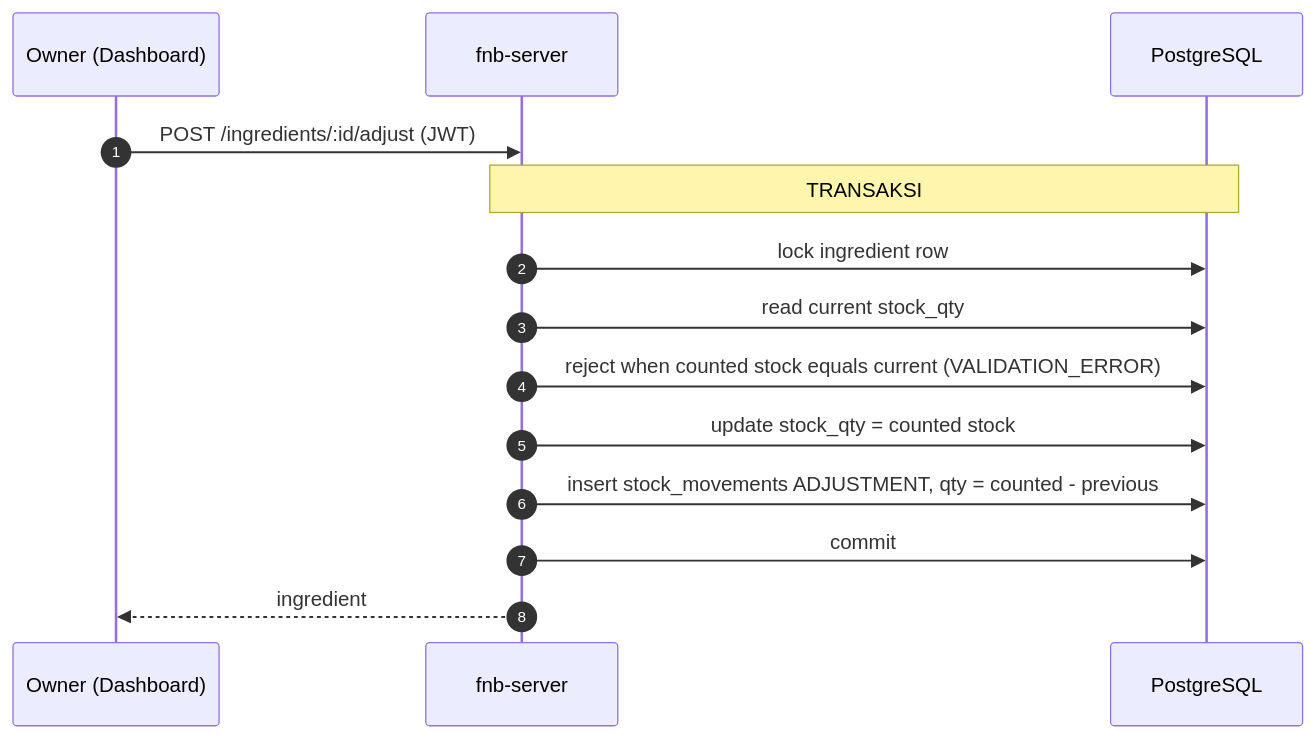
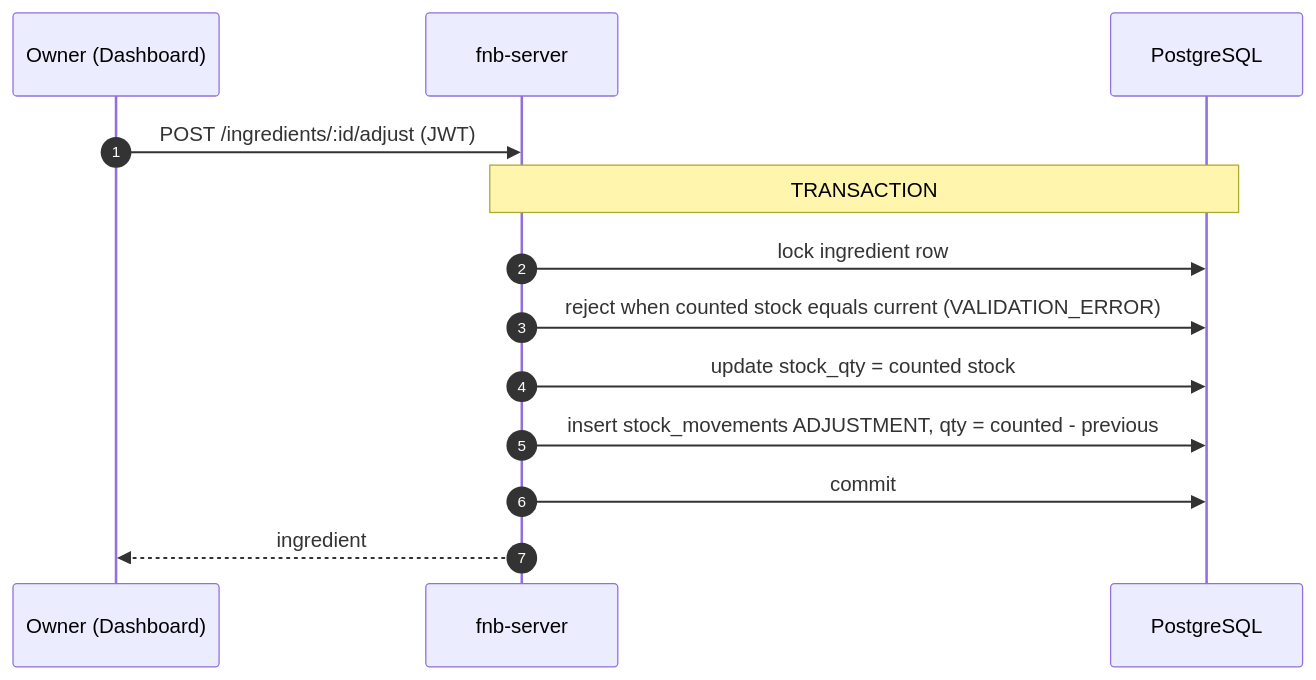
Before and after one commit to darmawandoni6/fnb-app: the seventh of 12 diagrams in docs/flow.md, drawn with Mermaid. The commit also changed other lines of this file and 17 other files, not shown here.

````diff
--- a/docs/flow.md
+++ b/docs/flow.md
@@ -144,17 +207,16 @@
 ```mermaid
 sequenceDiagram
     autonumber
     participant O as Owner (Dashboard)
     participant API as fnb-server
     participant DB as PostgreSQL
 
     O->>API: POST /ingredients/:id/adjust (JWT)
-    Note over API,DB: TRANSAKSI
+    Note over API,DB: TRANSACTION
     API->>DB: lock ingredient row
-    API->>DB: read current stock_qty
     API->>DB: reject when counted stock equals current (VALIDATION_ERROR)
     API->>DB: update stock_qty = counted stock
     API->>DB: insert stock_movements ADJUSTMENT, qty = counted - previous
     API->>DB: commit
     API-->>O: ingredient
 ```
````
